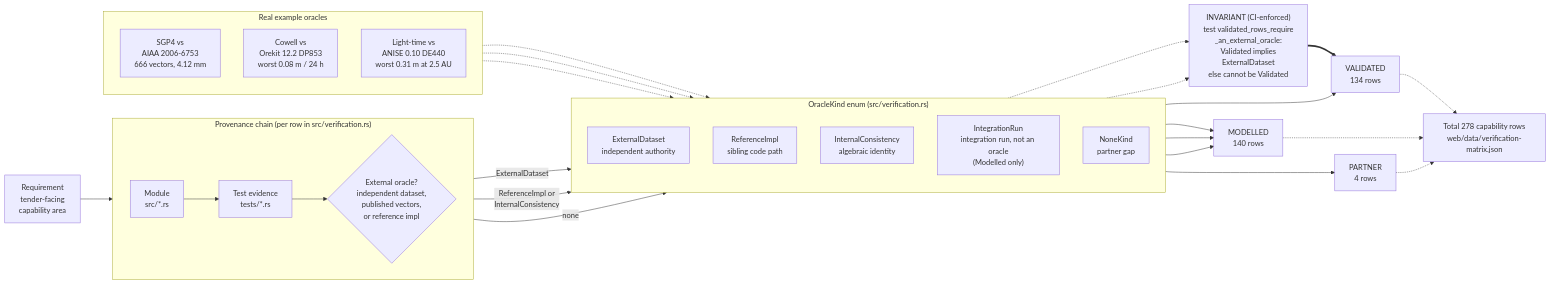
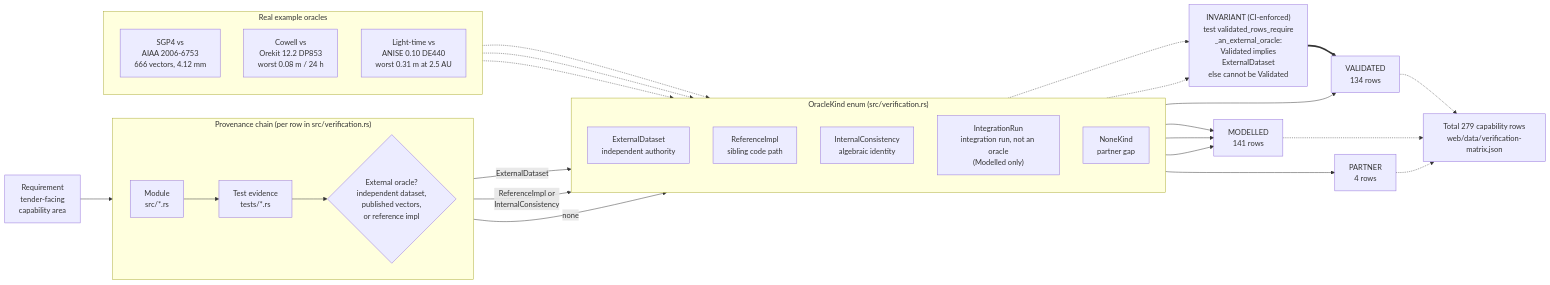
Before and after one commit to ashfordeOU/kshana: the diagram in docs/diagrams/validation-provenance.mmd, drawn with Mermaid. The commit also changed 14 other files, not shown here.

Commit message:
kf-gins: regenerate (279: 134 V / 141 M / 4 P) — matrix doc, rationale, web data, provenance diagram, figures, README counts

```diff
--- a/docs/diagrams/validation-provenance.mmd
+++ b/docs/diagrams/validation-provenance.mmd
@@ -1,51 +1,51 @@
 flowchart LR
     REQ["Requirement<br/>tender-facing<br/>capability area"]
 
     subgraph CHAIN["Provenance chain (per row in src/verification.rs)"]
         direction LR
         MOD["Module<br/>src/*.rs"]
         TST["Test evidence<br/>tests/*.rs"]
         ORA{"External oracle?<br/>independent dataset,<br/>published vectors,<br/>or reference impl"}
     end
 
     REQ --> MOD --> TST --> ORA
 
     subgraph KINDS["OracleKind enum (src/verification.rs)"]
         direction TD
         EXT["ExternalDataset<br/>independent authority"]
         REF["ReferenceImpl<br/>sibling code path"]
         INT["InternalConsistency<br/>algebraic identity"]
         IRN["IntegrationRun<br/>integration run, not an oracle<br/>(Modelled only)"]
         NON["NoneKind<br/>partner gap"]
     end
 
     ORA -->|ExternalDataset| EXT
     ORA -->|"ReferenceImpl or<br/>InternalConsistency"| INT
     ORA -->|none| NON
 
     GUARD["INVARIANT (CI-enforced)<br/>test validated_rows_require<br/>_an_external_oracle:<br/>Validated implies<br/>ExternalDataset<br/>else cannot be Validated"]
     EXT -.-> GUARD
     INT -.-> GUARD
 
     EXT --> VAL["VALIDATED<br/>134 rows"]
-    REF --> MDL["MODELLED<br/>140 rows"]
+    REF --> MDL["MODELLED<br/>141 rows"]
     INT --> MDL
     IRN --> MDL
     NON --> PRT["PARTNER<br/>4 rows"]
     GUARD ==> VAL
 
     subgraph EX["Real example oracles"]
         direction TD
         E1["SGP4 vs<br/>AIAA 2006-6753<br/>666 vectors, 4.12 mm"]
         E2["Cowell vs<br/>Orekit 12.2 DP853<br/>worst 0.08 m / 24 h"]
         E3["Light-time vs<br/>ANISE 0.10 DE440<br/>worst 0.31 m at 2.5 AU"]
     end
 
     E1 -.-> EXT
     E2 -.-> EXT
     E3 -.-> EXT
 
-    TOTAL["Total 278 capability rows<br/>web/data/verification-matrix.json"]
+    TOTAL["Total 279 capability rows<br/>web/data/verification-matrix.json"]
     VAL -.-> TOTAL
     MDL -.-> TOTAL
     PRT -.-> TOTAL
```
